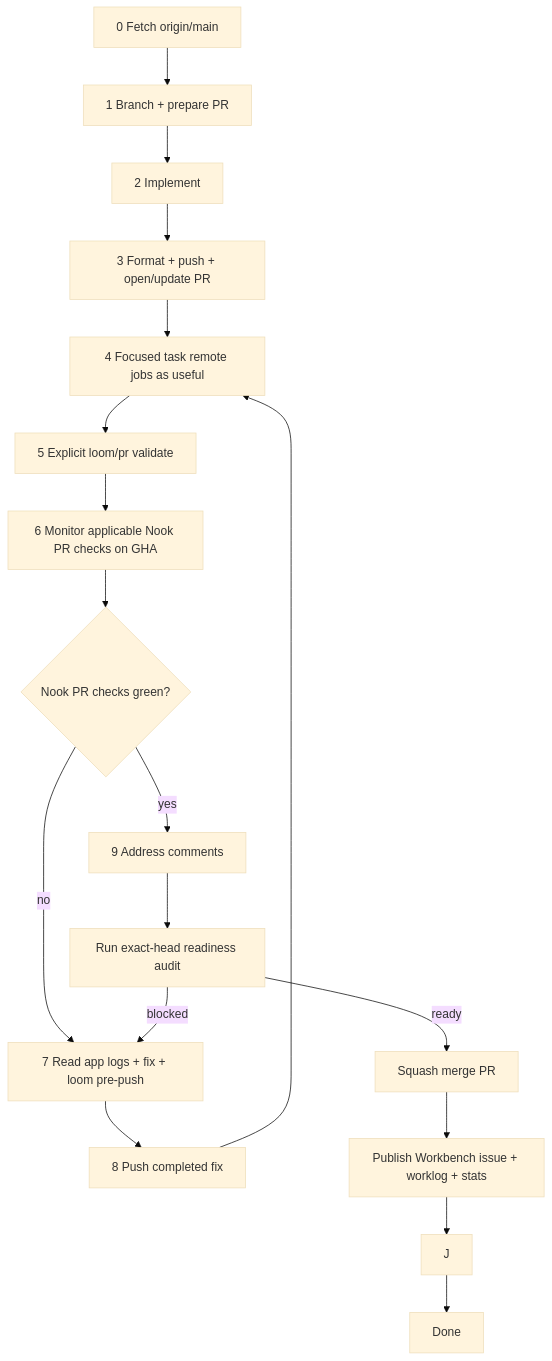
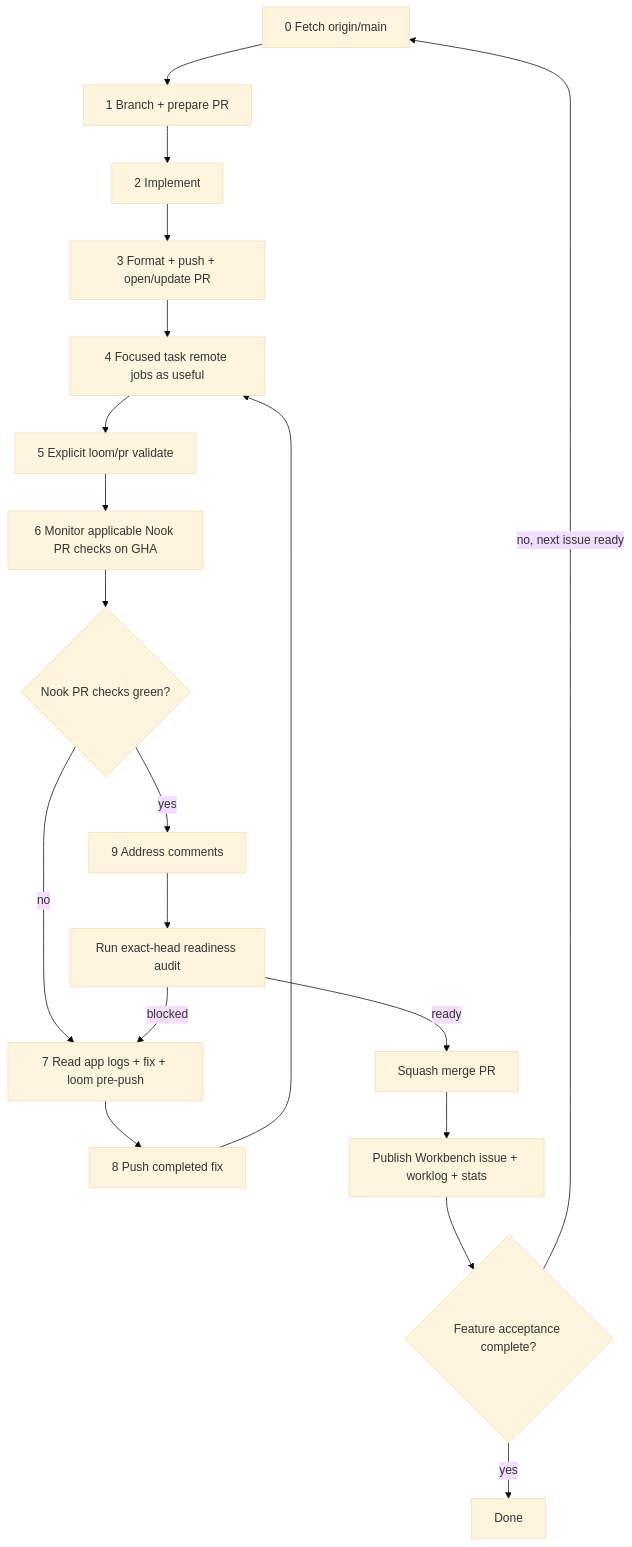
One commit to meta-secret/nook changed the diagram in .cortex/workflows/pull-requests.md. Above: the diagram before and after it, drawn with Mermaid (base theme). The commit also changed 4 other files, not shown here.

````diff
--- a/.cortex/workflows/pull-requests.md
+++ b/.cortex/workflows/pull-requests.md
@@ -183,20 +183,21 @@
 ```mermaid
 flowchart TD
   Z[0 Fetch origin/main] --> A[1 Branch + prepare PR]
   A --> I[2 Implement]
   I --> E[3 Format + push + open/update PR]
   E --> X[4 Focused task remote jobs as useful]
   X --> V[5 Explicit loom/pr validate]
   V --> F[6 Monitor applicable Nook PR checks on GHA]
   F --> G{Nook PR checks green?}
   G -->|no| H[7 Read app logs + fix + loom pre-push]
   H --> PUSH[8 Push completed fix]
   PUSH --> X
   G -->|yes| C[9 Address comments]
   C --> R[Run exact-head readiness audit]
   R -->|blocked| H
   R -->|ready| M[Squash merge PR]
   M --> S[Publish Workbench issue + worklog + stats]
-  S --> J
-  J --> K[Done]
+  S --> J{Feature acceptance complete?}
+  J -->|no, next issue ready| Z
+  J -->|yes| K[Done]
 ```
````
